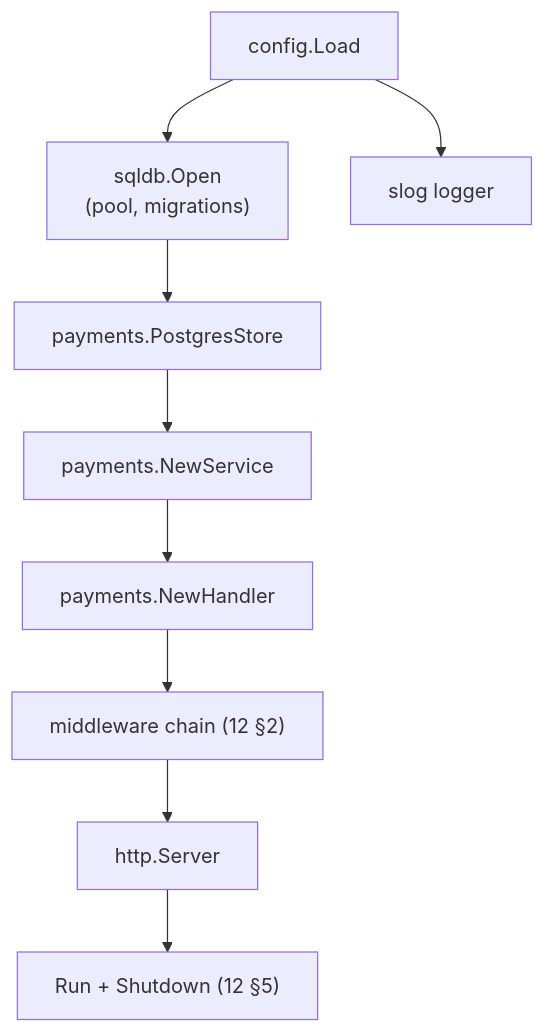
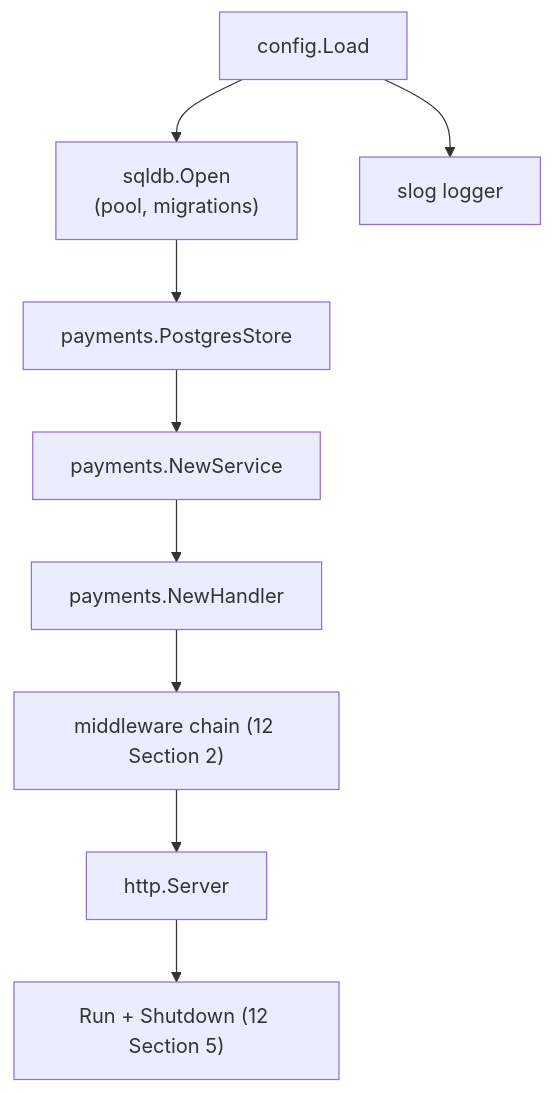
The diagram in 14-backend-development/03-wiring-and-dependency-injection.md (TharunKumarReddyPolu/Go-Handbook-for-Software-Engineers), drawn with Mermaid before and after one commit. The commit also changed other lines of this file and 106 other files, not shown here.

````diff
--- a/14-backend-development/03-wiring-and-dependency-injection.md
+++ b/14-backend-development/03-wiring-and-dependency-injection.md
@@ -18,11 +18,11 @@
 ```mermaid
 flowchart TD
     CFG["config.Load"] --> DB["sqldb.Open<br/>(pool, migrations)"]
     DB --> PS["payments.PostgresStore"]
     CFG --> LOG["slog logger"]
     PS --> SVC["payments.NewService"]
     SVC --> H["payments.NewHandler"]
-    H --> MW["middleware chain (12 §2)"]
+    H --> MW["middleware chain (12 Section 2)"]
     MW --> SRV["http.Server"]
-    SRV --> RUN["Run + Shutdown (12 §5)"]
+    SRV --> RUN["Run + Shutdown (12 Section 5)"]
 ```
````
